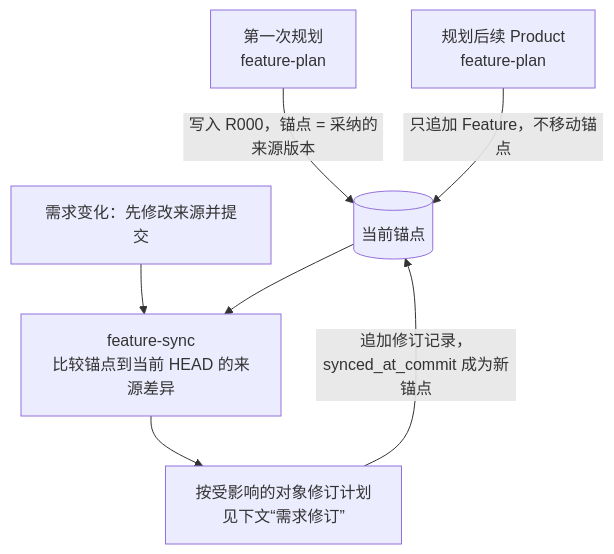
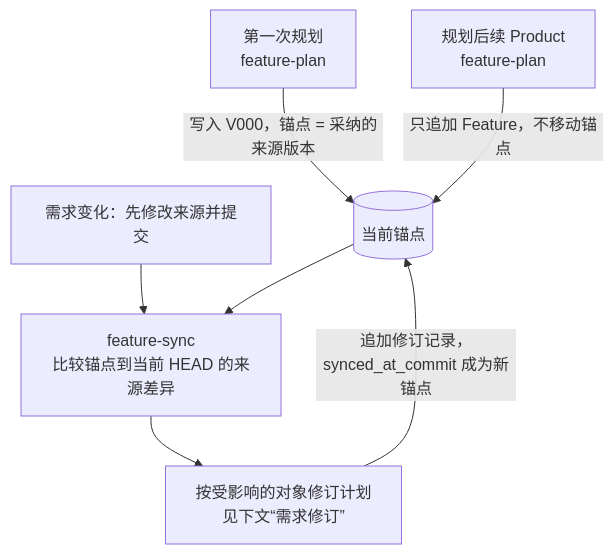
Before and after one commit to yxy823/Game_idle_yaya_frame: the first of 2 diagrams in framework/godot-project-manual/requirements-and-tasks/requirements-and-planning.md, drawn with Mermaid. The commit also changed other lines of this file and 12 other files, not shown here.

````diff
--- a/framework/godot-project-manual/requirements-and-tasks/requirements-and-planning.md
+++ b/framework/godot-project-manual/requirements-and-tasks/requirements-and-planning.md
@@ -159,9 +159,9 @@
 ```mermaid
 flowchart TD
-    first["第一次规划<br/>feature-plan"] -->|写入 R000，锚点 = 采纳的来源版本| anchor[("当前锚点")]
+    first["第一次规划<br/>feature-plan"] -->|写入 V000，锚点 = 采纳的来源版本| anchor[("当前锚点")]
     later["规划后续 Product<br/>feature-plan"] -->|只追加 Feature，不移动锚点| anchor
     change["需求变化：先修改来源并提交"] --> sync["feature-sync<br/>比较锚点到当前 HEAD 的来源差异"]
     anchor --> sync
     sync --> revise["按受影响的对象修订计划<br/>见下文“需求修订”"]
     revise -->|追加修订记录，synced_at_commit 成为新锚点| anchor
 ```
````
